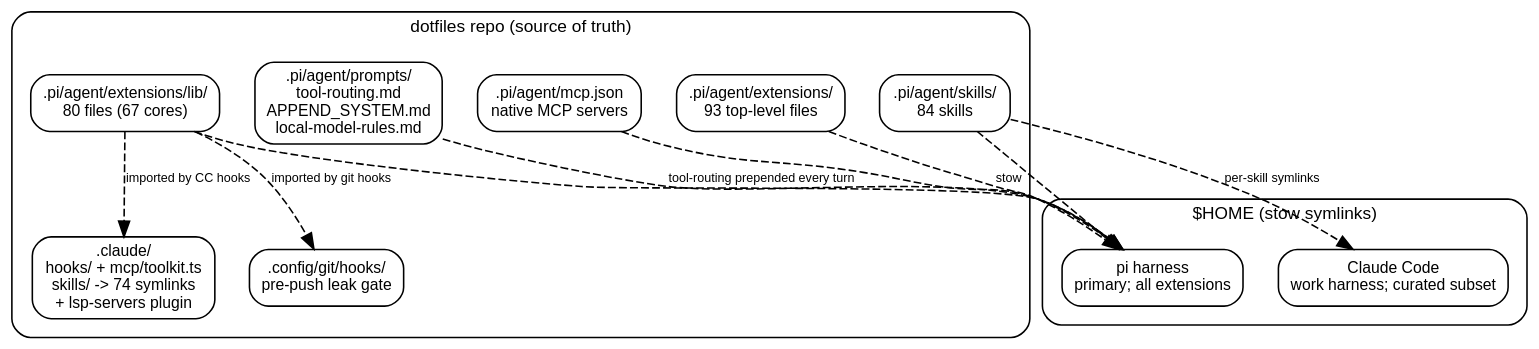
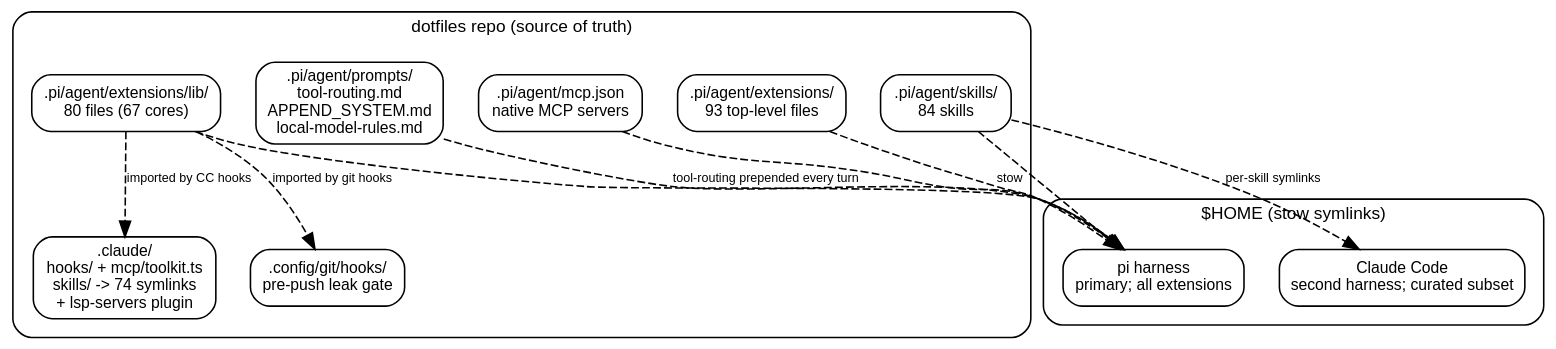
Before and after one commit to erfianugrah/lexicanum: the diagram in src/content/docs/reference/pi-harness-journey.mdx, drawn with Graphviz. The commit also changed other lines of this file and 2 other files, not shown here.

First line of the commit message:
docs(agent-harness series): drop job-context detail from public pages

````diff
--- a/src/content/docs/reference/pi-harness-journey.mdx
+++ b/src/content/docs/reference/pi-harness-journey.mdx
@@ -58,34 +58,34 @@
 ```dot
 digraph {
   rankdir=TB; bgcolor="transparent"; nodesep=0.3; ranksep=0.5;
   fontname="Helvetica,Arial,sans-serif";
   node [fontname="Helvetica,Arial,sans-serif", fontsize=10, shape=box, style=rounded];
   edge [fontname="Helvetica,Arial,sans-serif", fontsize=8];
 
   subgraph cluster_dotfiles {
     label="dotfiles repo (source of truth)"; style=rounded; fontsize=11; margin=12;
     ext [label=".pi/agent/extensions/\n93 top-level files"];
     lib [label=".pi/agent/extensions/lib/\n80 files (67 cores)"];
     skills [label=".pi/agent/skills/\n84 skills"];
     prompts [label=".pi/agent/prompts/\ntool-routing.md\nAPPEND_SYSTEM.md\nlocal-model-rules.md"];
     mcp_json [label=".pi/agent/mcp.json\nnative MCP servers"];
     claude [label=".claude/\nhooks/ + mcp/toolkit.ts\nskills/ -> 74 symlinks\n+ lsp-servers plugin"];
     git_hooks [label=".config/git/hooks/\npre-push leak gate"];
   }
 
   subgraph cluster_live {
     label="\$HOME (stow symlinks)"; style=rounded; fontsize=11; margin=12;
     pi_live [label="pi harness\nprimary; all extensions"];
-    cc_live [label="Claude Code\nwork harness; curated subset"];
+    cc_live [label="Claude Code\nsecond harness; curated subset"];
   }
 
   ext -> pi_live [style=dashed, label="stow"];
   lib -> pi_live [style=dashed];
   lib -> claude [style=dashed, label="imported by CC hooks"];
   lib -> git_hooks [style=dashed, label="imported by git hooks"];
   skills -> pi_live [style=dashed];
   skills -> cc_live [style=dashed, label="per-skill symlinks"];
   prompts -> pi_live [style=dashed, label="tool-routing prepended every turn"];
   mcp_json -> pi_live [style=dashed];
 }
 ```
````
